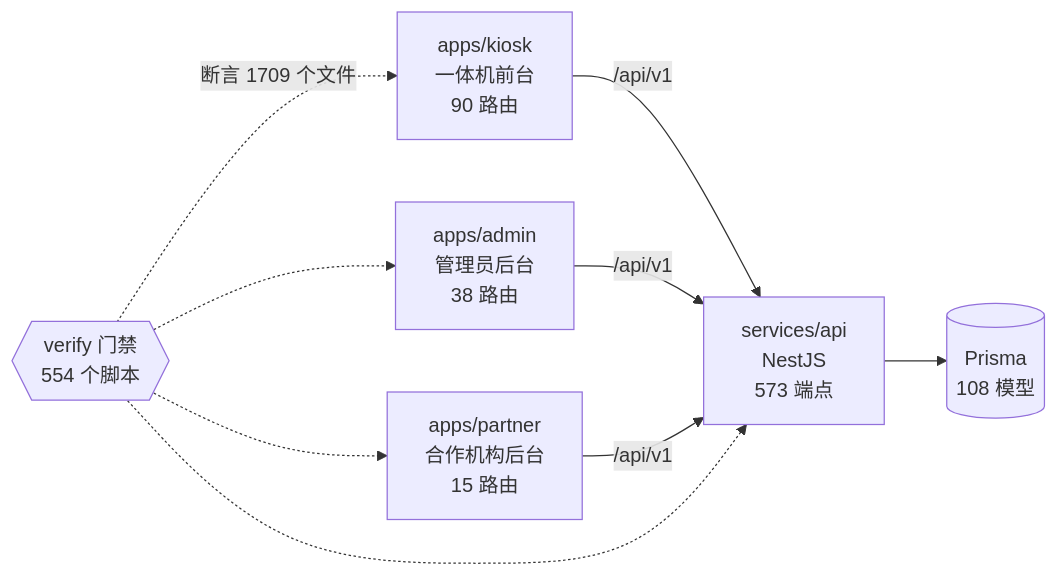
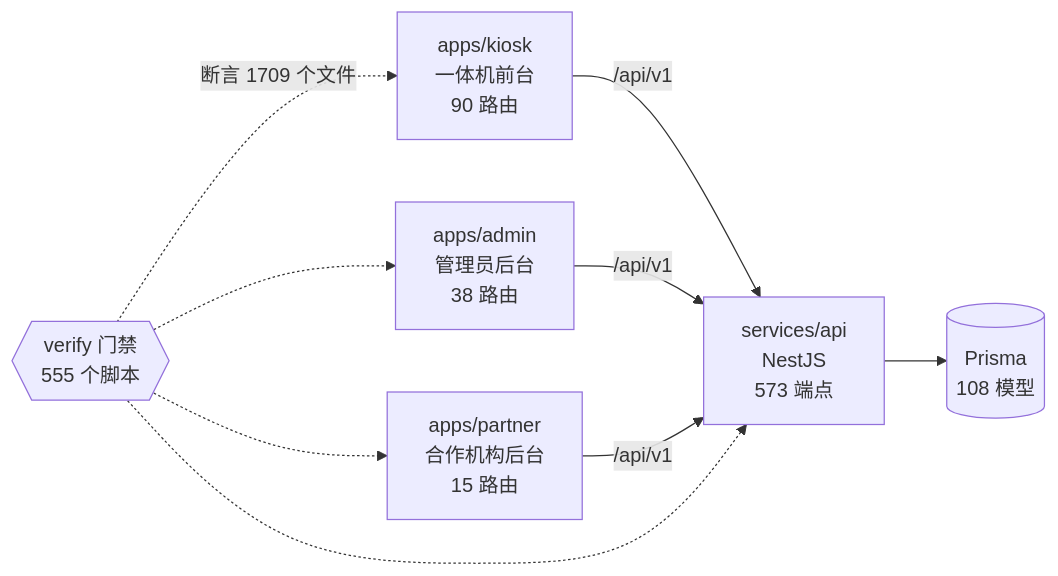
One commit to wanglei581/YITIJI changed the diagram in docs/graph/README.md. Above: the diagram before and after it, drawn with Mermaid. The commit also changed other lines of this file and 3 other files, not shown here.

Commit message:
docs(progress): 记下 W-86 第五轮并重生成图谱

````diff
--- a/docs/graph/README.md
+++ b/docs/graph/README.md
@@ -68,18 +68,18 @@
 ```mermaid
 flowchart LR
   kiosk["apps/kiosk<br/>一体机前台<br/>90 路由"]
   admin["apps/admin<br/>管理员后台<br/>38 路由"]
   partner["apps/partner<br/>合作机构后台<br/>15 路由"]
   api["services/api<br/>NestJS<br/>573 端点"]
   db[("Prisma<br/>108 模型")]
-  gates{{"verify 门禁<br/>554 个脚本"}}
+  gates{{"verify 门禁<br/>555 个脚本"}}
 
   kiosk -->|"/api/v1"| api
   admin -->|"/api/v1"| api
   partner -->|"/api/v1"| api
   api --> db
   gates -.->|"断言 1709 个文件"| kiosk
   gates -.-> admin
   gates -.-> partner
   gates -.-> api
 ```
````
